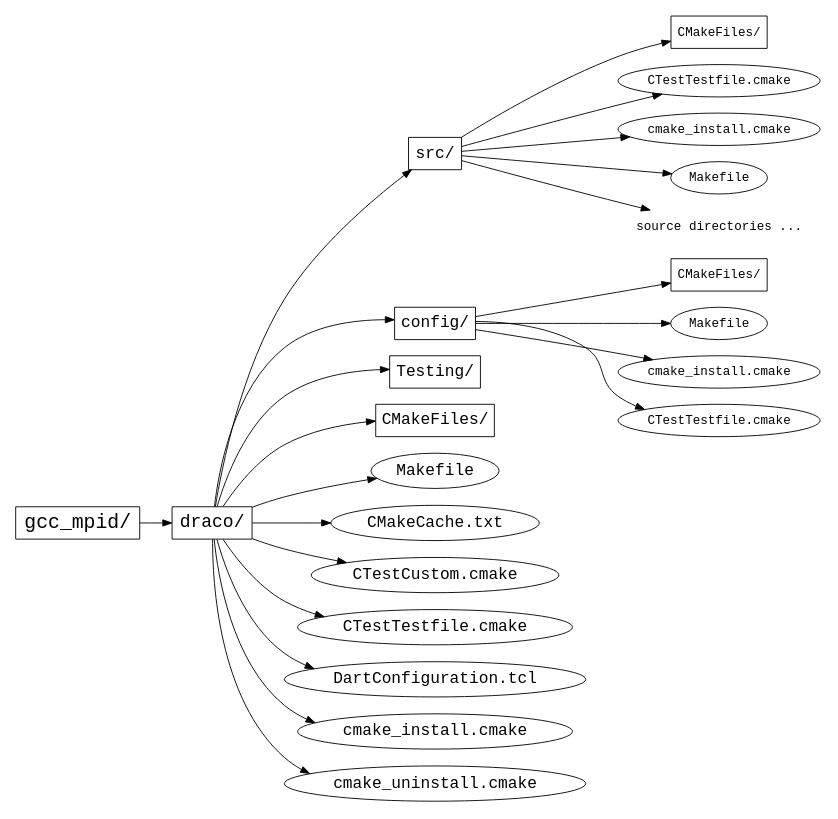
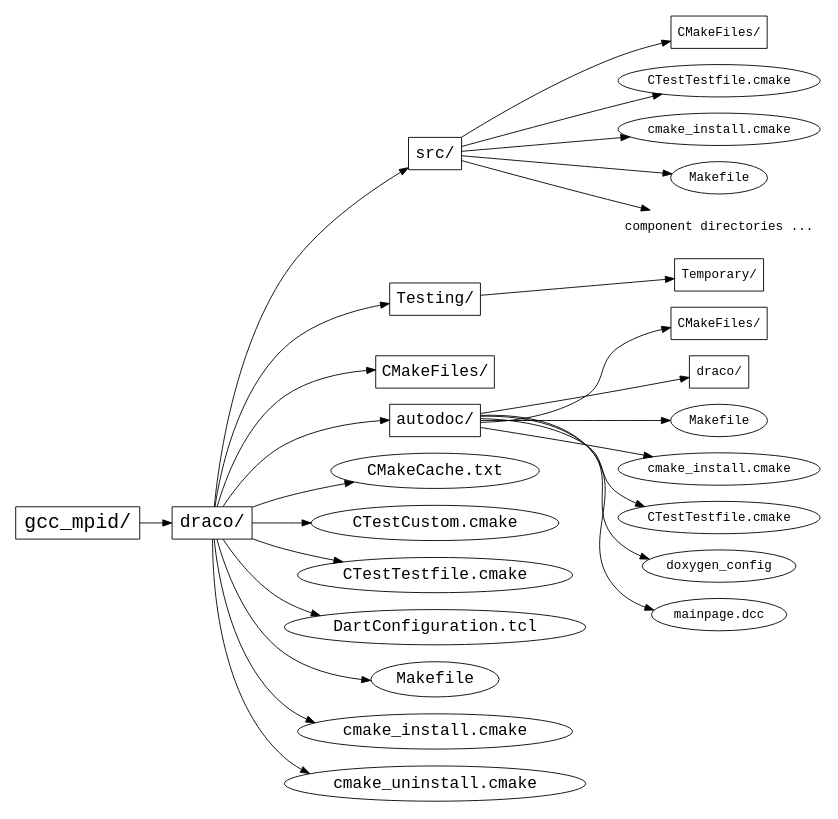
One commit to warsa/Draco changed the diagram in doc/build/fig/build_tree.dot. Above: the diagram before and after it, drawn with Graphviz. The commit also changed 7 other files, not shown here.

```diff
--- a/doc/build/fig/build_tree.dot
+++ b/doc/build/fig/build_tree.dot
@@ -1,85 +1,89 @@
 /* Time-stamp: <99/02/01 16:18:21 tme> */
 
 digraph build_tree {
   /* graph attributes */
     center=1;
     margin=".25,.25";
     size="6.5,9";
     rankdir=LR;
     
   /* main directories */
 
     node [fontname=Courier];
 
   /* .. level */
 
     gccmpid [label="gcc_mpid/", fontsize=22, shape=box];
     
   /* sgi_scalar level */
 
     draco   [label="draco/", fontsize=20, shape=box];
 /*    bin     [label="bin/", fontsize=20, shape=box]; */
 /*    include [label="include/", fontsize=20, shape=box]; */
 /*    lib     [label="lib/", fontsize=20, shape=box]; */
 /*    libexe  [label="libexec/", fontsize=20, shape=box]; */
 
   /* draco/ level */
     node [fontsize=18];
     {
       /* directories */
 	node   [shape=box];
 	src    [label="src/"];
-	config [label="config/"];
 	testing [label="Testing/"];
 	cmakefiles [label="CMakeFiles/"];
+	autodoc [label="autodoc/"];
 
       /* files */
 	node       [shape=ellipse];
-	draco_make [label="Makefile"];
 	draco_cach [label="CMakeCache.txt"];
 	draco_cust [label="CTestCustom.cmake"];
 	draco_ctest [label="CTestTestfile.cmake"];
 	draco_dart [label="DartConfiguration.tcl"];
+	draco_make [label="Makefile"];
 	draco_install [label="cmake_install.cmake"];
 	draco_uninstall [label="cmake_uninstall.cmake"];
     }
     
   /* draco/<dir> */
     node [fontsize=14];
     {
       /* src */
         node   [shape=box];
         src_cmfiles [label="CMakeFiles/"];
         
 	node    [shape=ellipse];
 	src_ctest   [label="CTestTestfile.cmake"];
 	src_install [label="cmake_install.cmake"];
 	src_m   [label="Makefile"];
 
-	src_files [label="source directories ...", shape=plaintext];
+	src_files [label="component directories ...", shape=plaintext];
 
-      /* config */
+      /* autodoc */
         node   [shape=box];
-        config_cmfiles [label="CMakeFiles/"];
+        autodoc_cmfiles [label="CMakeFiles/"];
+        autodoc_draco [label="draco/"];
         
 	node     [shape=ellipse];
-	config_m  [label="Makefile"];
-	config_install [label="cmake_install.cmake"];
-	config_ctest [label="CTestTestfile.cmake"];
+	autodoc_m  [label="Makefile"];
+	autodoc_install [label="cmake_install.cmake"];
+	autodoc_ctest [label="CTestTestfile.cmake"];
+        autodoc_doxygen_config [label="doxygen_config"]
+        autodoc_mainpage [label="mainpage.dcc"]
 
       /* Testing */
-        /* node   [shape=box]; */
-        /* test_temp [label="Temporary/"]; */
+        node   [shape=box]; 
+        test_temp [label="Temporary/"]; 
 
     }
     
   /* tree */
 
     gccmpid -> {draco}; /*  include lib bin libexe}; */
-    draco -> {src config testing cmakefiles
+    draco -> {src autodoc testing cmakefiles
             draco_make draco_cach draco_cust draco_ctest draco_dart
             draco_install draco_uninstall};
     src -> {src_cmfiles src_m src_install src_ctest src_files};
-    config -> {config_cmfiles config_m config_install config_ctest};
-    /* testing -> {test_temp}; */
+    autodoc -> {autodoc_cmfiles autodoc_draco autodoc_m autodoc_install autodoc_ctest
+            autodoc_doxygen_config autodoc_mainpage};
+    testing -> {test_temp};
 }
```
